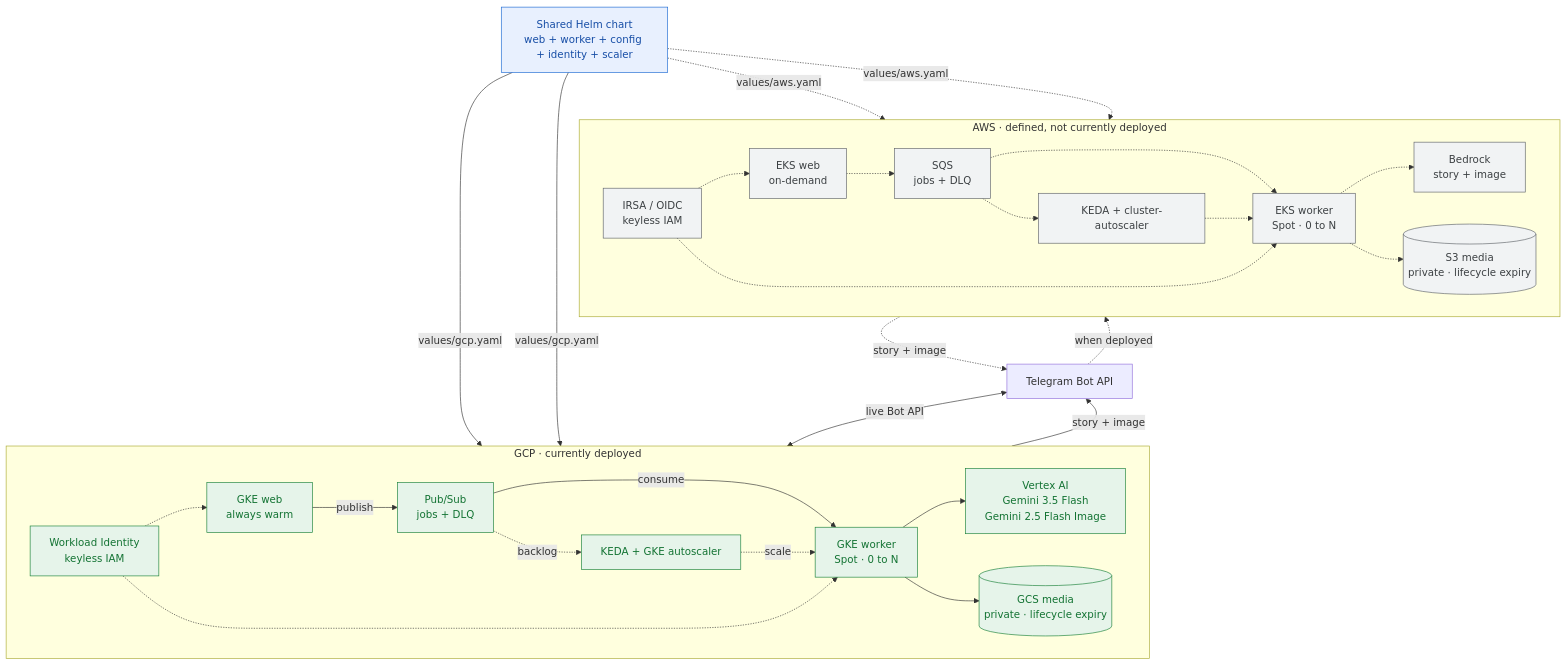
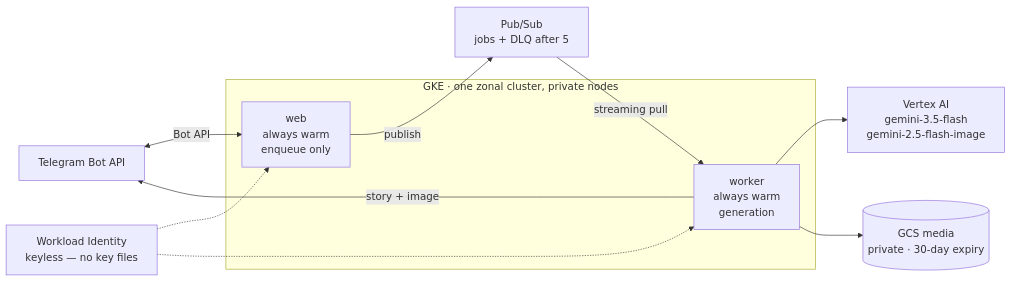
The diagram in README.md (davgrits/ai-family-media-bot), drawn with Mermaid before and after one commit. The commit also changed other lines of this file and 75 other files, not shown here.

````diff
--- a/README.md
+++ b/README.md
@@ -29,61 +20,23 @@
 ```mermaid
-flowchart TB
+flowchart LR
     TG["Telegram Bot API"]
-    HELM["Shared Helm chart<br/>web + worker + config + identity + scaler"]
 
-    subgraph GCP["GCP · currently deployed"]
-        direction LR
-        GWEB["GKE web<br/>always warm"]
-        GPS["Pub/Sub<br/>jobs + DLQ"]
-        GKEDA["KEDA + GKE autoscaler"]
-        GWRK["GKE worker<br/>Spot · 0 to N"]
-        GAI["Vertex AI<br/>Gemini 3.5 Flash<br/>Gemini 2.5 Flash Image"]
-        GCS[("GCS media<br/>private · lifecycle expiry")]
-        GWI["Workload Identity<br/>keyless IAM"]
+    subgraph GKE["GKE · one zonal cluster, private nodes"]
+        WEB["web<br/>always warm<br/>enqueue only"]
+        WRK["worker<br/>always warm<br/>generation"]
     end
 
-    subgraph AWS["AWS · defined, not currently deployed"]
-        direction LR
-        AWEB["EKS web<br/>on-demand"]
-        ASQS["SQS<br/>jobs + DLQ"]
-        AKEDA["KEDA + cluster-autoscaler"]
-        AWRK["EKS worker<br/>Spot · 0 to N"]
-        ABR["Bedrock<br/>story + image"]
-        AS3[("S3 media<br/>private · lifecycle expiry")]
-        AIRSA["IRSA / OIDC<br/>keyless IAM"]
-    end
+    PS["Pub/Sub<br/>jobs + DLQ after 5"]
+    AI["Vertex AI<br/>gemini-3.5-flash<br/>gemini-2.5-flash-image"]
+    GCS[("GCS media<br/>private · 30-day expiry")]
+    WI["Workload Identity<br/>keyless — no key files"]
 
-    HELM -->|"values/gcp.yaml"| GWEB
-    HELM -->|"values/gcp.yaml"| GWRK
-    HELM -.->|"values/aws.yaml"| AWEB
-    HELM -.->|"values/aws.yaml"| AWRK
-
-    TG <-->|"live Bot API"| GWEB
-    GWEB -->|"publish"| GPS
-    GPS -->|"consume"| GWRK
-    GPS -.->|"backlog"| GKEDA
-    GKEDA -.->|"scale"| GWRK
-    GWRK --> GAI
-    GWRK --> GCS
-    GWRK -->|"story + image"| TG
-    GWI -.-> GWEB
-    GWI -.-> GWRK
-
-    TG -.->|"when deployed"| AWEB
-    AWEB -.-> ASQS
-    ASQS -.-> AWRK
-    ASQS -.-> AKEDA
-    AKEDA -.-> AWRK
-    AWRK -.-> ABR
-    AWRK -.-> AS3
-    AWRK -.->|"story + image"| TG
-    AIRSA -.-> AWEB
-    AIRSA -.-> AWRK
-
-    classDef shared fill:#e8f0fe,stroke:#1967d2,color:#174ea6
-    classDef live fill:#e6f4ea,stroke:#188038,color:#137333
-    classDef available fill:#f1f3f4,stroke:#5f6368,color:#3c4043
-    class HELM shared
-    class GWEB,GPS,GKEDA,GWRK,GAI,GCS,GWI live
-    class AWEB,ASQS,AKEDA,AWRK,ABR,AS3,AIRSA available
+    TG <-->|"Bot API"| WEB
+    WEB -->|"publish"| PS
+    PS -->|"streaming pull"| WRK
+    WRK --> AI
+    WRK --> GCS
+    WRK -->|"story + image"| TG
+    WI -.-> WEB
+    WI -.-> WRK
 ```
````
